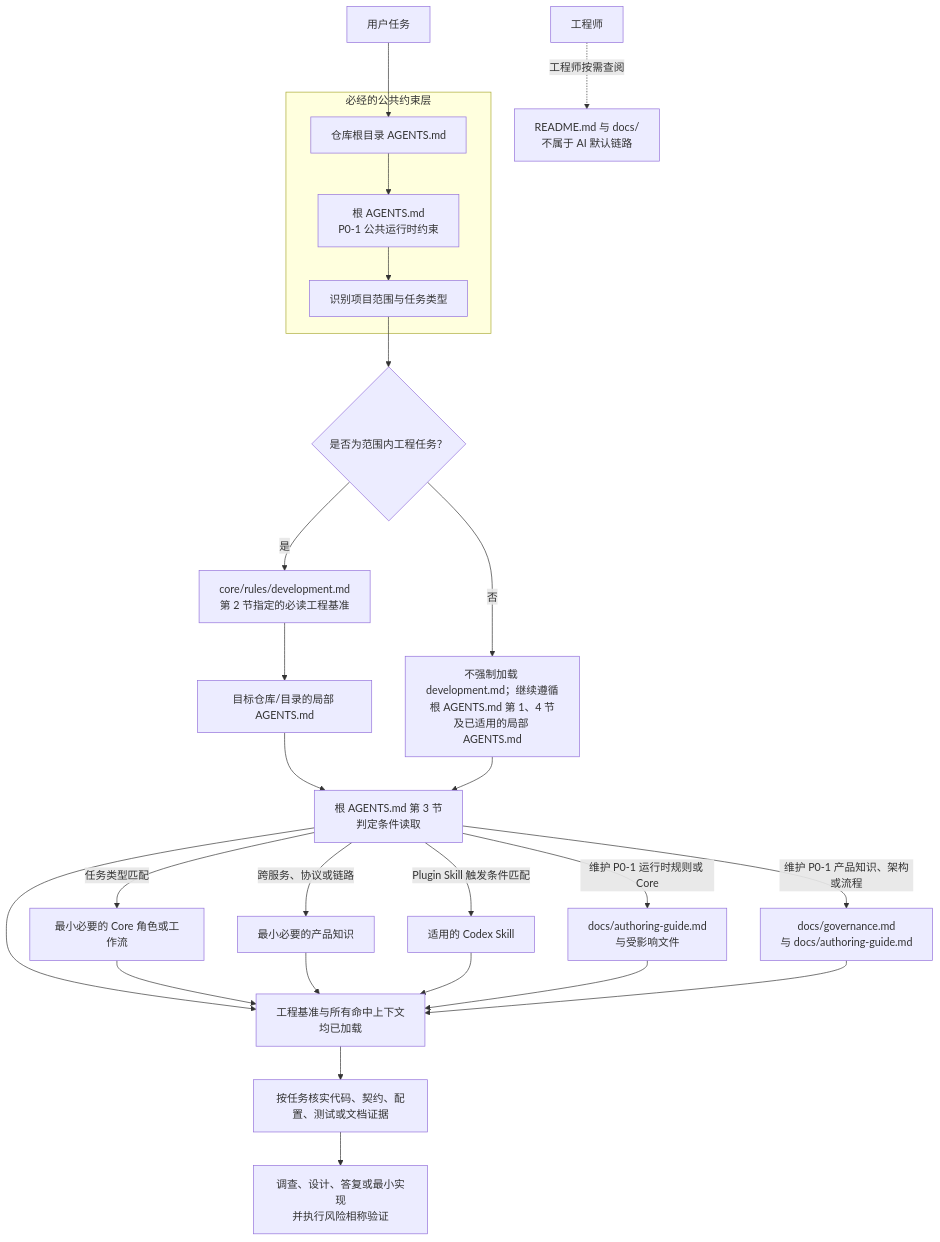
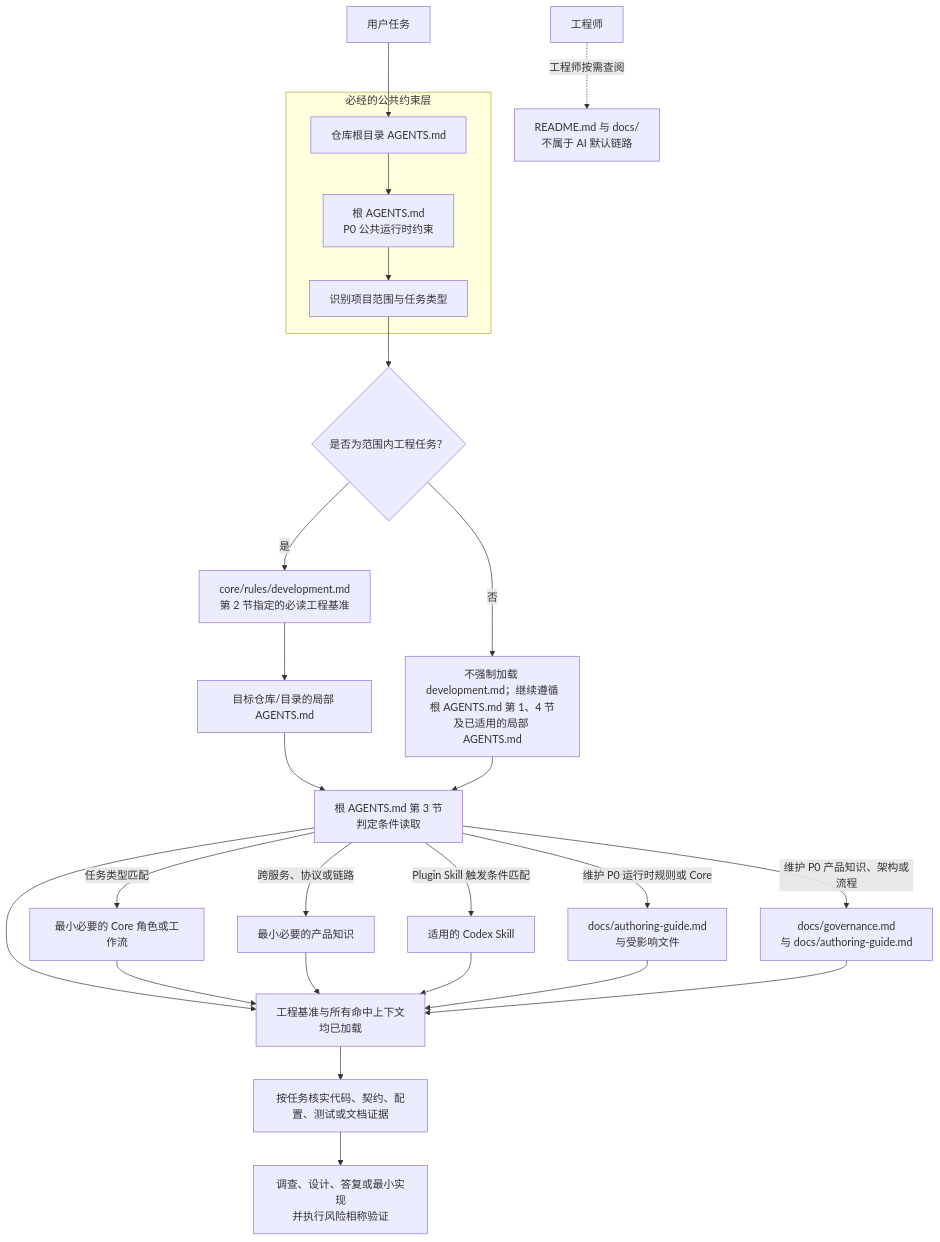
Before and after one commit to cnxutu/tu-engineering-workbench: the first of 2 diagrams in docs/project-guide.md, drawn with Mermaid. The commit also changed other lines of this file and 22 other files, not shown here.

````diff
--- a/docs/project-guide.md
+++ b/docs/project-guide.md
@@ -9,30 +9,30 @@
 ```mermaid
 flowchart TD
     U[用户任务] --> R
     subgraph REQUIRED[必经的公共约束层]
         R[仓库根目录 AGENTS.md]
-        P01[根 AGENTS.md\nP0-1 公共运行时约束]
+        P01[根 AGENTS.md\nP0 公共运行时约束]
         S[识别项目范围与任务类型]
         R --> P01 --> S
     end
     S --> W{是否为范围内工程任务？}
     W -->|是| D[core/rules/development.md\n第 2 节指定的必读工程基准]
     D --> L[目标仓库/目录的局部 AGENTS.md]
     L --> B[根 AGENTS.md 第 3 节\n判定条件读取]
     B -->|任务类型匹配| CR[最小必要的 Core 角色或工作流]
     B -->|跨服务、协议或链路| PK[最小必要的产品知识]
     B -->|Plugin Skill 触发条件匹配| SK[适用的 Codex Skill]
-    B -->|维护 P0-1 运行时规则或 Core| RG[docs/authoring-guide.md\n与受影响文件]
-    B -->|维护 P0-1 产品知识、架构或流程| MG[docs/governance.md\n与 docs/authoring-guide.md]
+    B -->|维护 P0 运行时规则或 Core| RG[docs/authoring-guide.md\n与受影响文件]
+    B -->|维护 P0 产品知识、架构或流程| MG[docs/governance.md\n与 docs/authoring-guide.md]
     B --> C[工程基准与所有命中上下文\n均已加载]
     CR --> C
     PK --> C
     SK --> C
     RG --> C
     MG --> C
     C --> E[按任务核实代码、契约、配置、测试或文档证据]
     E --> I[调查、设计、答复或最小实现\n并执行风险相称验证]
     W -->|否| A[不强制加载 development.md；继续遵循\n根 AGENTS.md 第 1、4 节\n及已适用的局部 AGENTS.md]
     A --> B
     M[工程师] -. 工程师按需查阅 .-> H[README.md 与 docs/\n不属于 AI 默认链路]
 ```
````
